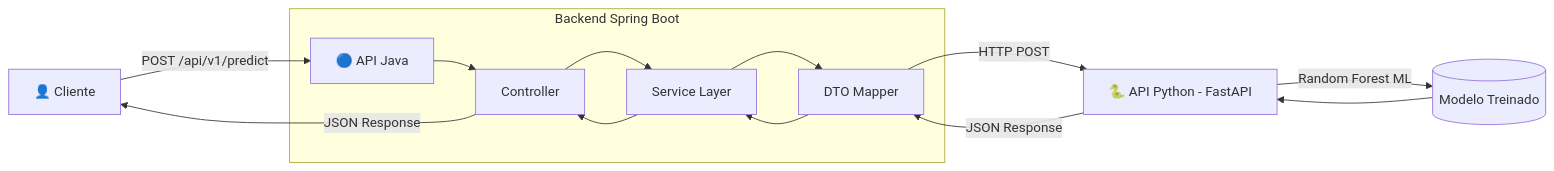
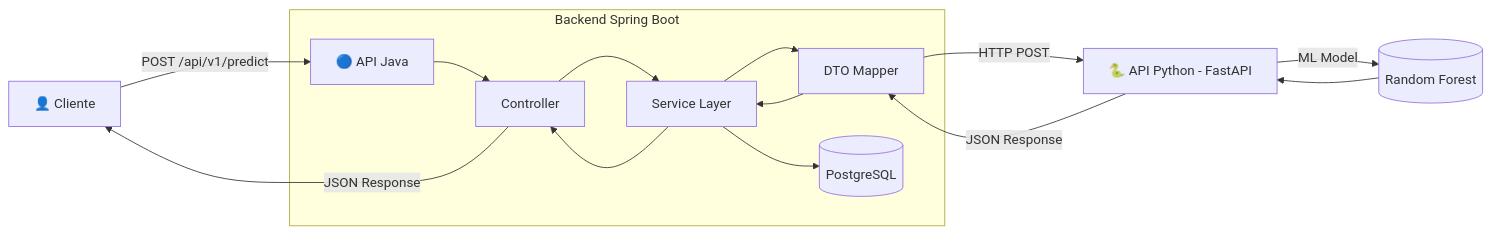
The diagram in README.md (FlightOnTime/flight-delay-api), drawn with Mermaid before and after one commit. The commit also changed other lines of this file and 13 other files, not shown here.

````diff
--- a/README.md
+++ b/README.md
@@ -34,18 +33,19 @@
 ```mermaid
 graph LR
     A[👤 Cliente] -->|POST /api/v1/predict| B[🔵 API Java]
 
     subgraph Backend Spring Boot
         B --> C[Controller]
         C --> D[Service Layer]
         D --> E[DTO Mapper]
+        D --> H[(PostgreSQL)]
     end
 
     E -->|HTTP POST| F[🐍 API Python - FastAPI]
-    F -->|Random Forest ML| G[(Modelo Treinado)]
+    F -->|ML Model| G[(Random Forest)]
     G --> F
     F -->|JSON Response| E
     E --> D
-    D --> C
-    C -->|JSON Response| A
+D --> C
+C -->|JSON Response| A
 ```
````
